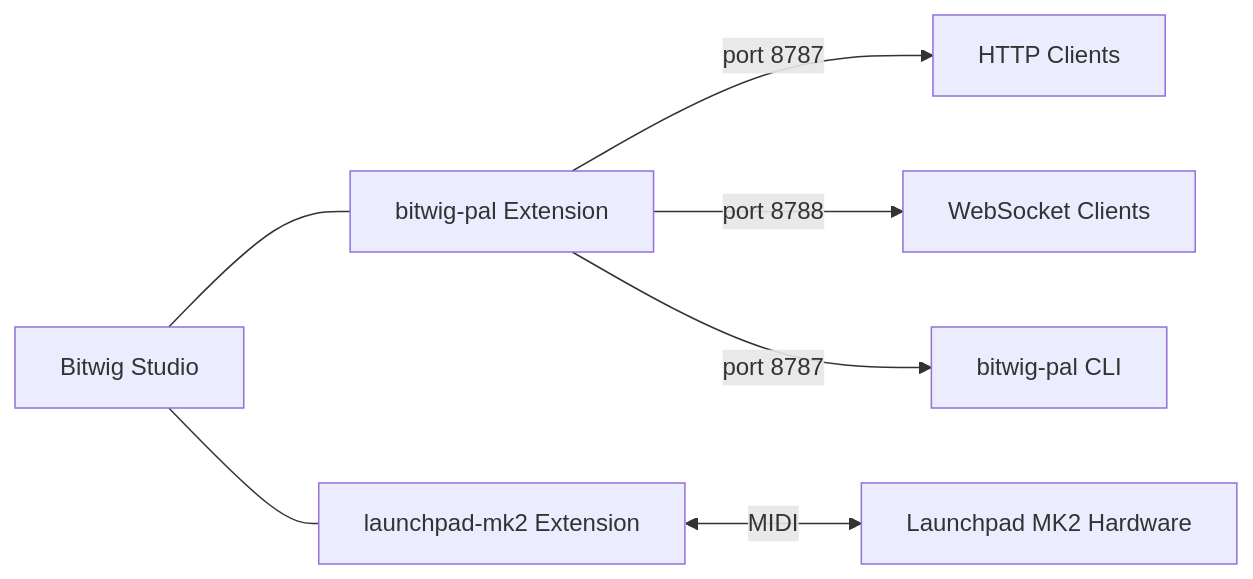
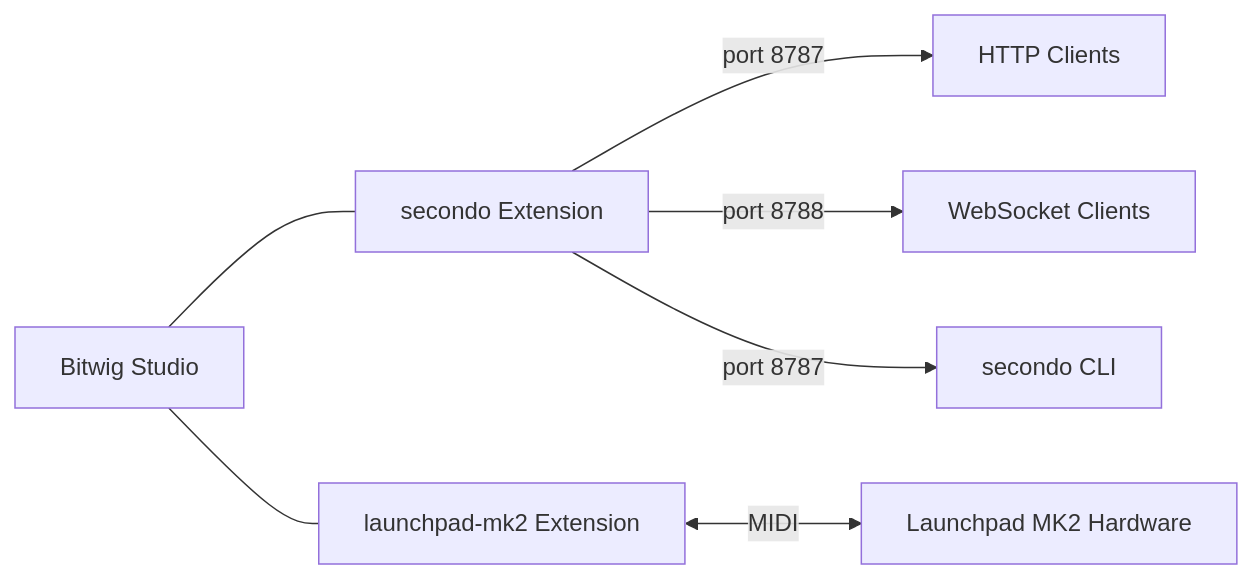
One commit to Nitroedge/bitwig-extensions changed the diagram in README.md. Above: the diagram before and after it, drawn with Mermaid. The commit also changed other lines of this file and 269 other files, not shown here.

````diff
--- a/README.md
+++ b/README.md
@@ -12,17 +12,17 @@
 ```mermaid
 graph LR
     BW[Bitwig Studio]
-    GM[bitwig-pal Extension]
+    GM[secondo Extension]
     LP[launchpad-mk2 Extension]
-    CLI[bitwig-pal CLI]
+    CLI[secondo CLI]
     WS[WebSocket Clients]
     HTTP[HTTP Clients]
     PAD[Launchpad MK2 Hardware]
 
     BW --- GM
     BW --- LP
     GM -->|port 8787| HTTP
     GM -->|port 8788| WS
     GM -->|port 8787| CLI
     LP <-->|MIDI| PAD
 ```
````
